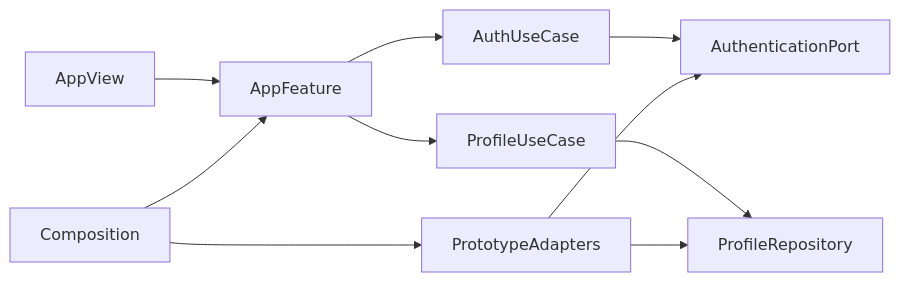
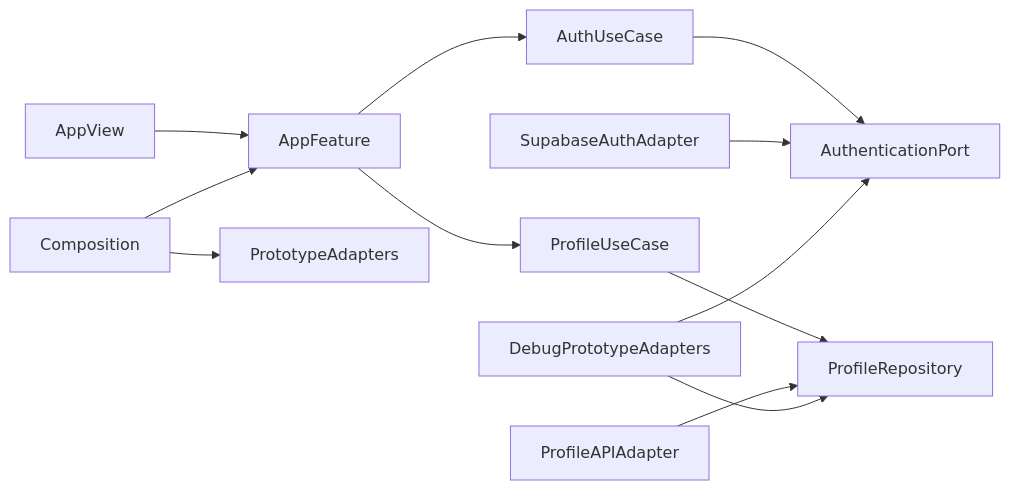
One commit to beyond-labo/free-time-matching changed the diagram in .kiro/specs/ios-app-foundation/design.md. Above: the diagram before and after it, drawn with Mermaid. The commit also changed other lines of this file and 29 other files, not shown here.

````diff
--- a/.kiro/specs/ios-app-foundation/design.md
+++ b/.kiro/specs/ios-app-foundation/design.md
@@ -58,12 +57,14 @@
 ```mermaid
 graph LR
     AppView --> AppFeature
     AppFeature --> AuthUseCase
     AppFeature --> ProfileUseCase
     AuthUseCase --> AuthenticationPort
     ProfileUseCase --> ProfileRepository
-    PrototypeAdapters --> AuthenticationPort
-    PrototypeAdapters --> ProfileRepository
+    SupabaseAuthAdapter --> AuthenticationPort
+    ProfileAPIAdapter --> ProfileRepository
+    DebugPrototypeAdapters --> AuthenticationPort
+    DebugPrototypeAdapters --> ProfileRepository
     Composition --> AppFeature
     Composition --> PrototypeAdapters
 ```
````
